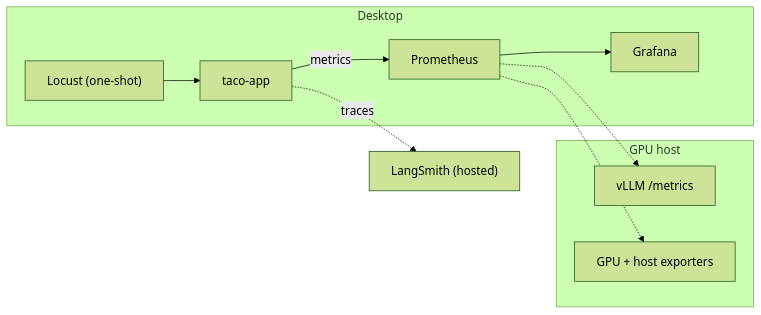
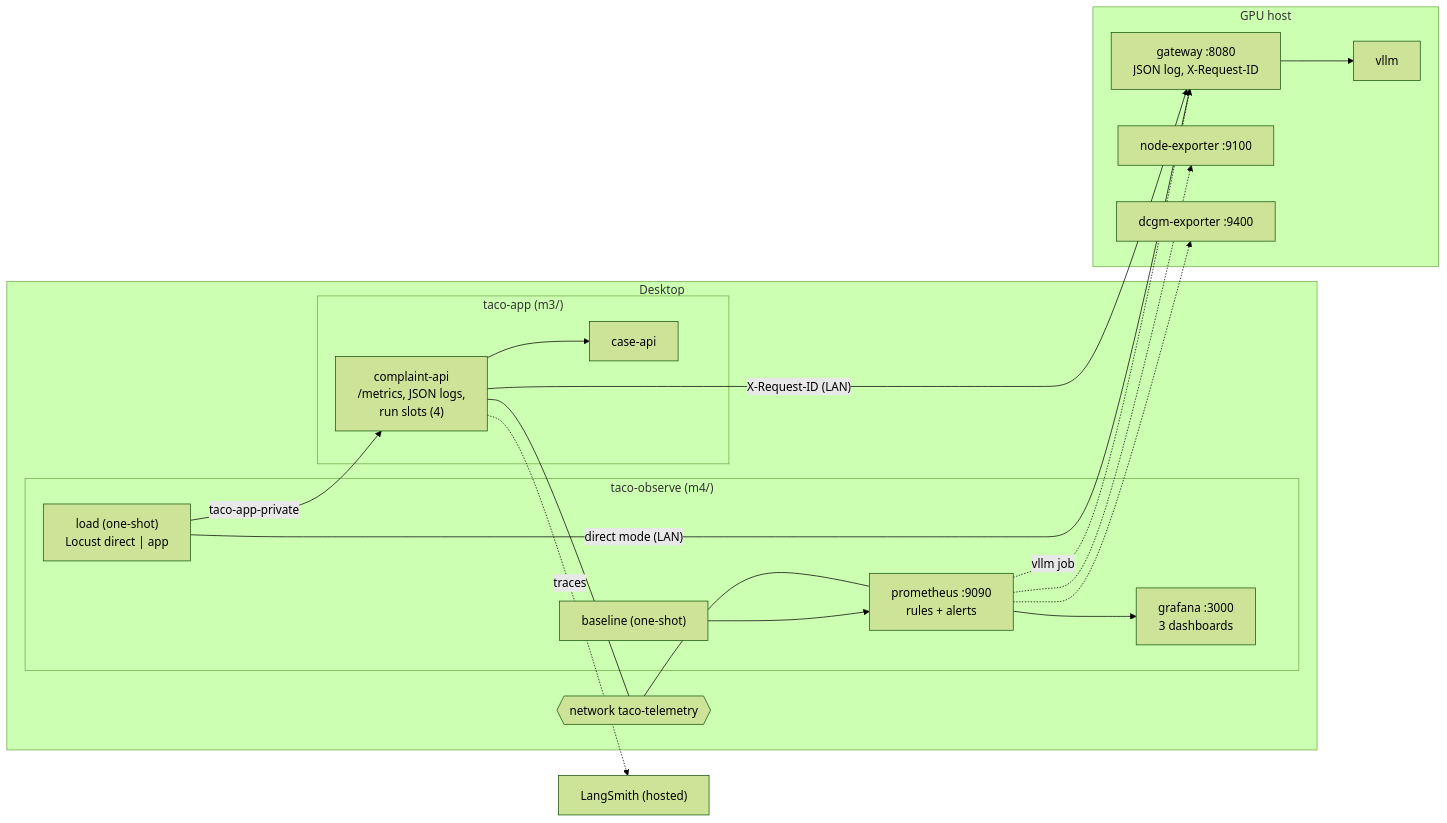
The tenth of 10 diagrams in ARCHITECTURE.md (ned1313/Deploying-and-Operating-Small-Language-Model-Systems), drawn with Mermaid (forest theme) before and after one commit. The commit also changed other lines of this file and 88 other files, not shown here.

````diff
--- a/ARCHITECTURE.md
+++ b/ARCHITECTURE.md
@@ -246,15 +295,32 @@
 ```mermaid
 flowchart LR
-    subgraph Desktop
-        App["taco-app"] -->|metrics| Prom["Prometheus"]
-        Prom --> Graf["Grafana"]
-        Locust["Locust (one-shot)"] --> App
+    subgraph Desktop["Desktop"]
+        subgraph App["taco-app (m3/)"]
+            API["complaint-api<br/>/metrics, JSON logs,<br/>run slots (4)"]
+            Case["case-api"]
+        end
+        subgraph Obs["taco-observe (m4/)"]
+            Prom["prometheus :9090<br/>rules + alerts"]
+            Graf["grafana :3000<br/>3 dashboards"]
+            Load["load (one-shot)<br/>Locust direct | app"]
+            Base["baseline (one-shot)"]
+        end
+        Tel{{"network taco-telemetry"}}
     end
     subgraph GPU["GPU host"]
-        VLLM["vLLM /metrics"]
-        Exp["GPU + host exporters"]
+        GW["gateway :8080<br/>JSON log, X-Request-ID"] --> VLLM["vllm"]
+        Node["node-exporter :9100"]
+        Dcgm["dcgm-exporter :9400"]
     end
-    Prom -.-> VLLM
-    Prom -.-> Exp
-    App -.->|traces| LS["LangSmith (hosted)"]
+    API --- Tel --- Prom
+    Prom --> Graf
+    Base --> Prom
+    Load -- "taco-app-private" --> API
+    Load -- "direct mode (LAN)" --> GW
+    API -- "X-Request-ID (LAN)" --> GW
+    API --> Case
+    Prom -. "vllm job" .-> GW
+    Prom -.-> Node
+    Prom -.-> Dcgm
+    API -. "traces" .-> LS["LangSmith (hosted)"]
 ```
````
